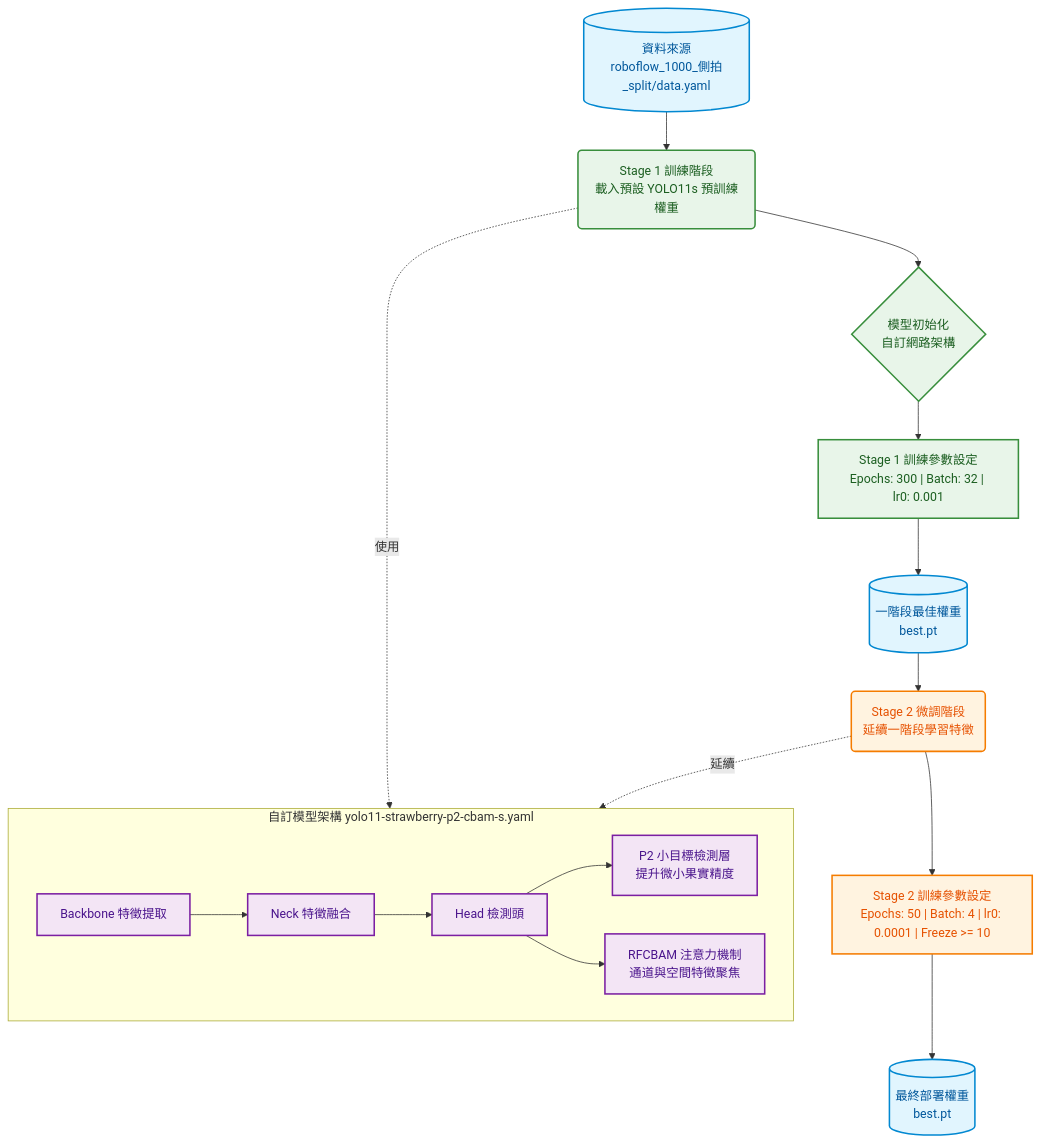
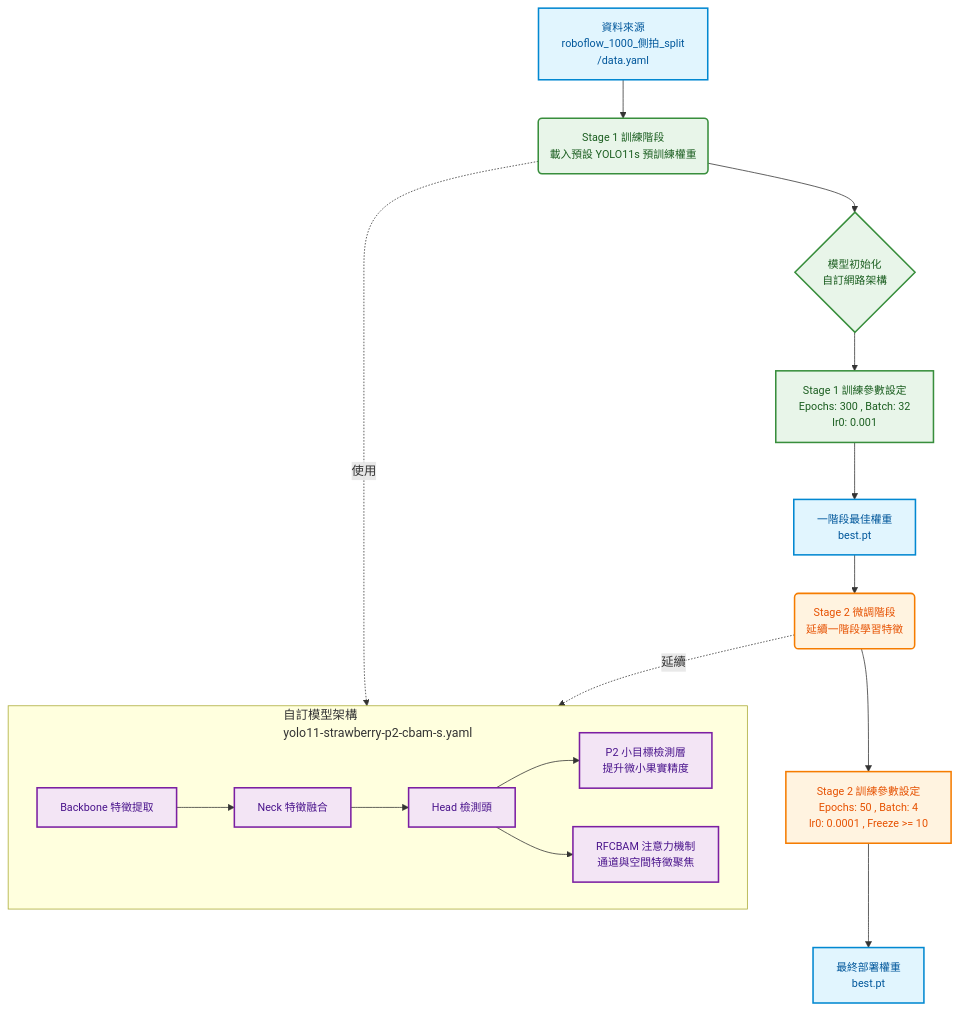
One commit to moemuom9488m/Strawberry-Maturity-YOLO-Graduation-Project changed the diagram in 論文偵測架構圖.md. Above: the diagram before and after it, drawn with Mermaid.

Commit message:
fix: 優化 Mermaid 節點折行與字型大小，避免文字截斷

````diff
--- a/論文偵測架構圖.md
+++ b/論文偵測架構圖.md
@@ -9,45 +9,45 @@
 ```mermaid
 flowchart TD
     %% Node Definitions
-    A[(資料來源<br>roboflow_1000_側拍_split/data.yaml)]
+    A["資料來源<br>roboflow_1000_側拍_split<br>/data.yaml"]
     
-    B(Stage 1 訓練階段<br>載入預設 YOLO11s 預訓練權重)
-    C{模型初始化<br>自訂網路架構}
-    D["Stage 1 訓練參數設定<br>Epochs: 300 | Batch: 32 | lr0: 0.001"]
-    E[(一階段最佳權重<br>best.pt)]
+    B("Stage 1 訓練階段<br>載入預設 YOLO11s 預訓練權重")
+    C{"模型初始化<br>自訂網路架構"}
+    D["Stage 1 訓練參數設定<br>Epochs: 300 , Batch: 32<br>lr0: 0.001"]
+    E["一階段最佳權重<br>best.pt"]
     
-    F(Stage 2 微調階段<br>延續一階段學習特徵)
-    G["Stage 2 訓練參數設定<br>Epochs: 50 | Batch: 4 | lr0: 0.0001 | Freeze >= 10"]
-    H[(最終部署權重<br>best.pt)]
+    F("Stage 2 微調階段<br>延續一階段學習特徵")
+    G["Stage 2 訓練參數設定<br>Epochs: 50 , Batch: 4<br>lr0: 0.0001 , Freeze >= 10"]
+    H["最終部署權重<br>best.pt"]
 
     %% Model Architecture Subgraph
-    subgraph Model_Architecture [自訂模型架構 yolo11-strawberry-p2-cbam-s.yaml]
-        I[Backbone 特徵提取] --> J[Neck 特徵融合]
-        J --> K[Head 檢測頭]
-        K --> L[P2 小目標檢測層<br>提升微小果實精度]
-        K --> M[RFCBAM 注意力機制<br>通道與空間特徵聚焦]
+    subgraph Model_Architecture ["自訂模型架構<br>yolo11-strawberry-p2-cbam-s.yaml"]
+        I["Backbone 特徵提取"] --> J["Neck 特徵融合"]
+        J --> K["Head 檢測頭"]
+        K --> L["P2 小目標檢測層<br>提升微小果實精度"]
+        K --> M["RFCBAM 注意力機制<br>通道與空間特徵聚焦"]
     end
 
     %% Flow connections
     A --> B
     B --> C
     C --> D
     D --> E
     E --> F
     F --> G
     G --> H
 
     B -. 使用 .-> Model_Architecture
     F -. 延續 .-> Model_Architecture
 
-    %% Styling Classes & Colors
-    classDef dataset fill:#e1f5fe,stroke:#0288d1,stroke-width:2px,color:#01579b;
-    classDef stage1 fill:#e8f5e9,stroke:#388e3c,stroke-width:2px,color:#1b5e20;
-    classDef stage2 fill:#fff3e0,stroke:#f57c00,stroke-width:2px,color:#e65100;
-    classDef arch fill:#f3e5f5,stroke:#7b1fa2,stroke-width:2px,color:#4a148c;
+    %% Styling Classes & Colors (加上 font-size 確保字體清晰)
+    classDef dataset fill:#e1f5fe,stroke:#0288d1,stroke-width:2px,color:#01579b,font-size:14px;
+    classDef stage1 fill:#e8f5e9,stroke:#388e3c,stroke-width:2px,color:#1b5e20,font-size:14px;
+    classDef stage2 fill:#fff3e0,stroke:#f57c00,stroke-width:2px,color:#e65100,font-size:14px;
+    classDef arch fill:#f3e5f5,stroke:#7b1fa2,stroke-width:2px,color:#4a148c,font-size:14px;
 
     class A,E,H dataset;
     class B,C,D stage1;
     class F,G stage2;
     class I,J,K,L,M arch;
 ```
````
